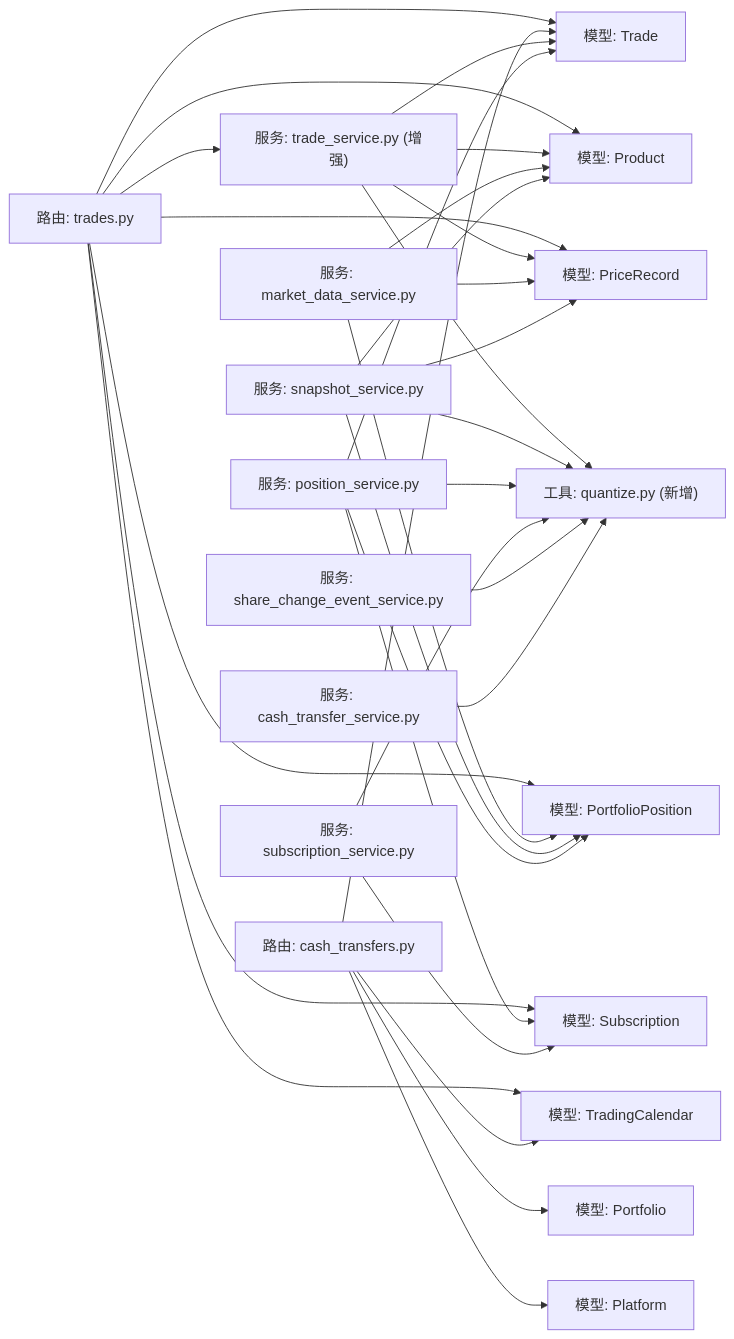
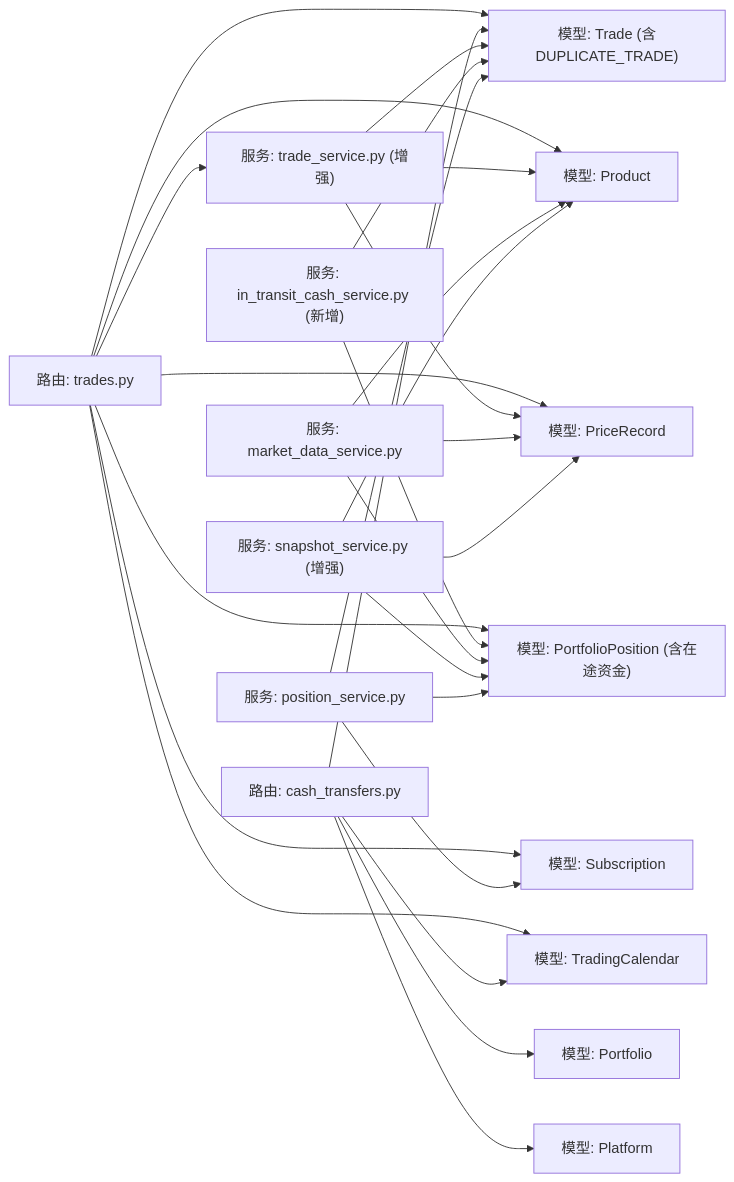
Diagram 17 of 17 in .qoder/repowiki/zh/content/核心业务功能/交易处理.md (gujialind/InvestRing), drawn with Mermaid before and after one commit. The commit also changed other lines of this file and 64 other files, not shown here.

````diff
--- a/.qoder/repowiki/zh/content/核心业务功能/交易处理.md
+++ b/.qoder/repowiki/zh/content/核心业务功能/交易处理.md
@@ -731,33 +844,28 @@
 ```mermaid
 graph LR
-R["路由: trades.py"] --> T["模型: Trade"]
+R["路由: trades.py"] --> T["模型: Trade (含DUPLICATE_TRADE)"]
 R --> ST["服务: trade_service.py (增强)"]
 R --> P["模型: Product"]
-R --> PP["模型: PortfolioPosition"]
+R --> PP["模型: PortfolioPosition (含在途资金)"]
 R --> S["模型: Subscription"]
 R --> C["模型: TradingCalendar"]
 R --> PR["模型: PriceRecord"]
 RC["路由: cash_transfers.py"] --> T
 RC --> PF["模型: Portfolio"]
 RC --> PL["模型: Platform"]
 RC --> C
 ST --> T
 ST --> P
 ST --> PR
-ST --> Q["工具: quantize.py (新增)"]
+IC["服务: in_transit_cash_service.py (新增)"] --> T
+IC --> PP
 Svc["服务: market_data_service.py"] --> PR
 Svc --> P
 Svc --> PP
-SSnap["服务: snapshot_service.py"] --> PR
+SSnap["服务: snapshot_service.py (增强)"] --> PR
 SSnap --> P
 SSnap --> PP
-SSnap --> Q
 SPos["服务: position_service.py"] --> PP
 SPos --> S
 SPos --> T
-SPos --> Q
-SSub["服务: subscription_service.py"] --> S
-SSub --> Q
-SEvent["服务: share_change_event_service.py"] --> Q
-SCash["服务: cash_transfer_service.py"] --> Q
 ```
````
